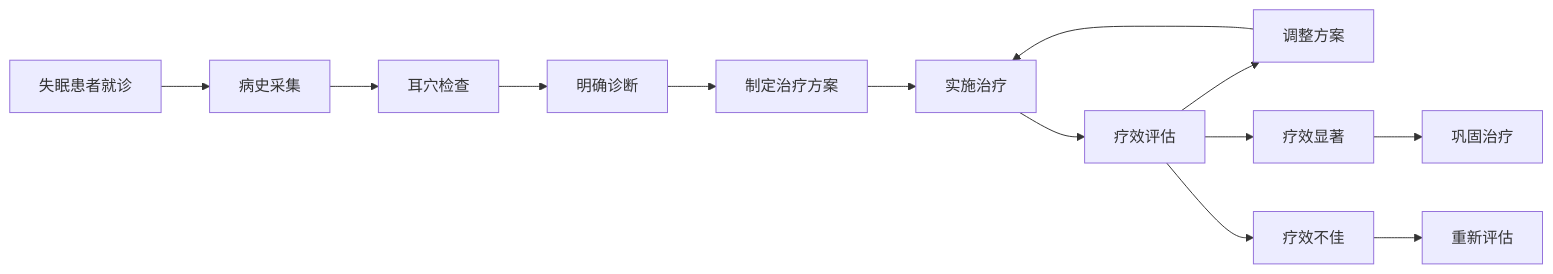
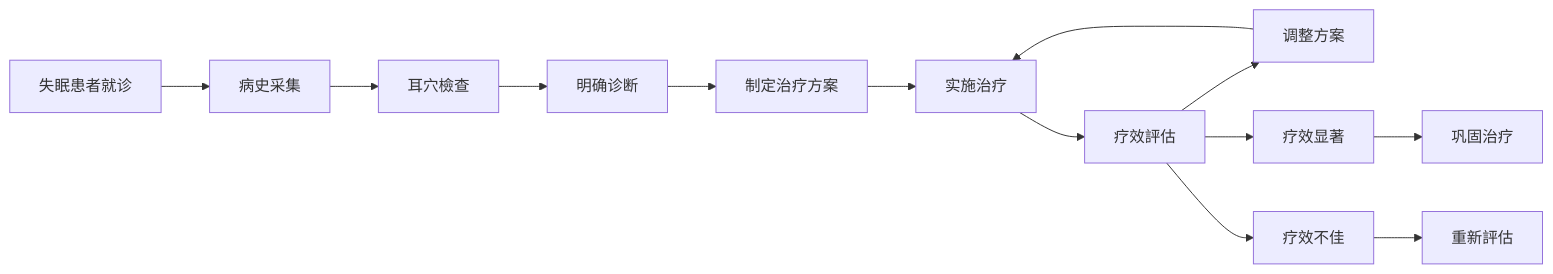
Before and after one commit to kmjade/knowledge-value: the second of 2 diagrams in 3 Resources/01-Tech/🏥 专业知识/耳穴知识库/08_实践指南/诊疗标准化模板.md, drawn with Mermaid. The commit also changed other lines of this file and 653 other files, not shown here.

````diff
--- a/3 Resources/01-Tech/🏥 专业知识/耳穴知识库/08_实践指南/诊疗标准化模板.md
+++ b/3 Resources/01-Tech/🏥 专业知识/耳穴知识库/08_实践指南/诊疗标准化模板.md
@@ -142,16 +142,16 @@
 ```mermaid
 graph LR
     A[失眠患者就诊] --> B[病史采集]
-    B --> C[耳穴检查]
+    B --> C[耳穴檢查]
     C --> D[明确诊断]
     D --> E[制定治疗方案]
     E --> F[实施治疗]
-    F --> G[疗效评估]
+    F --> G[疗效評估]
     G --> H[调整方案]
     H --> F
     
     G --> I[疗效显著]
     G --> J[疗效不佳]
     I --> K[巩固治疗]
-    J --> L[重新评估]
+    J --> L[重新評估]
 ```
````
